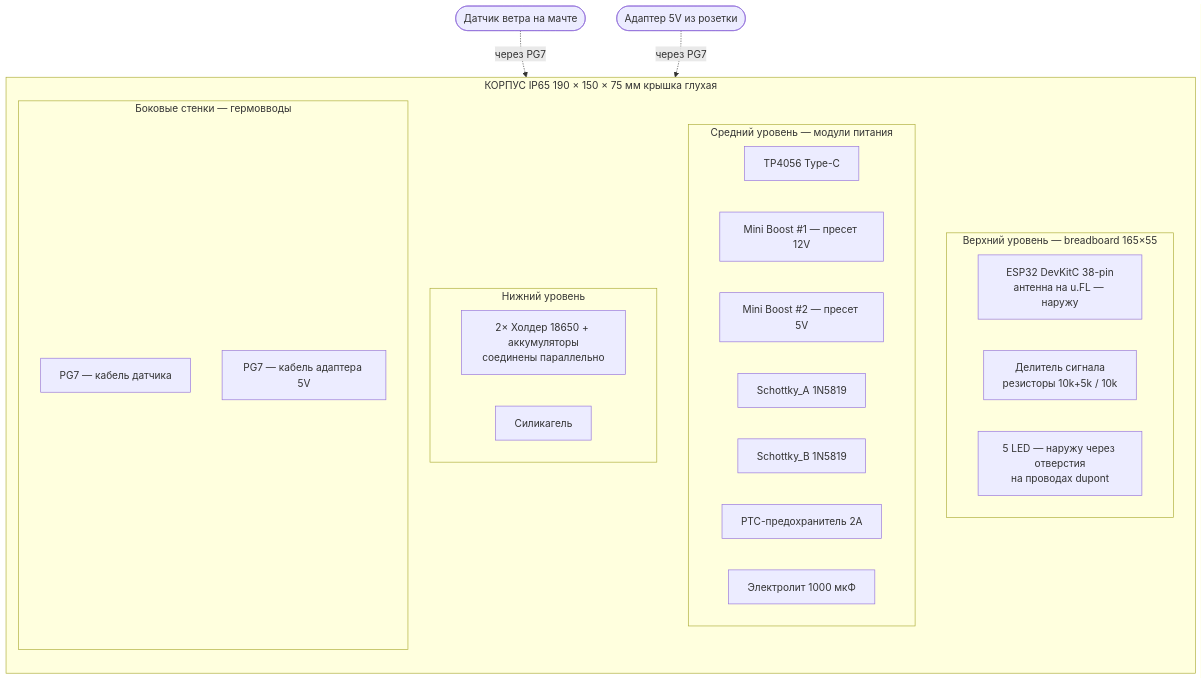
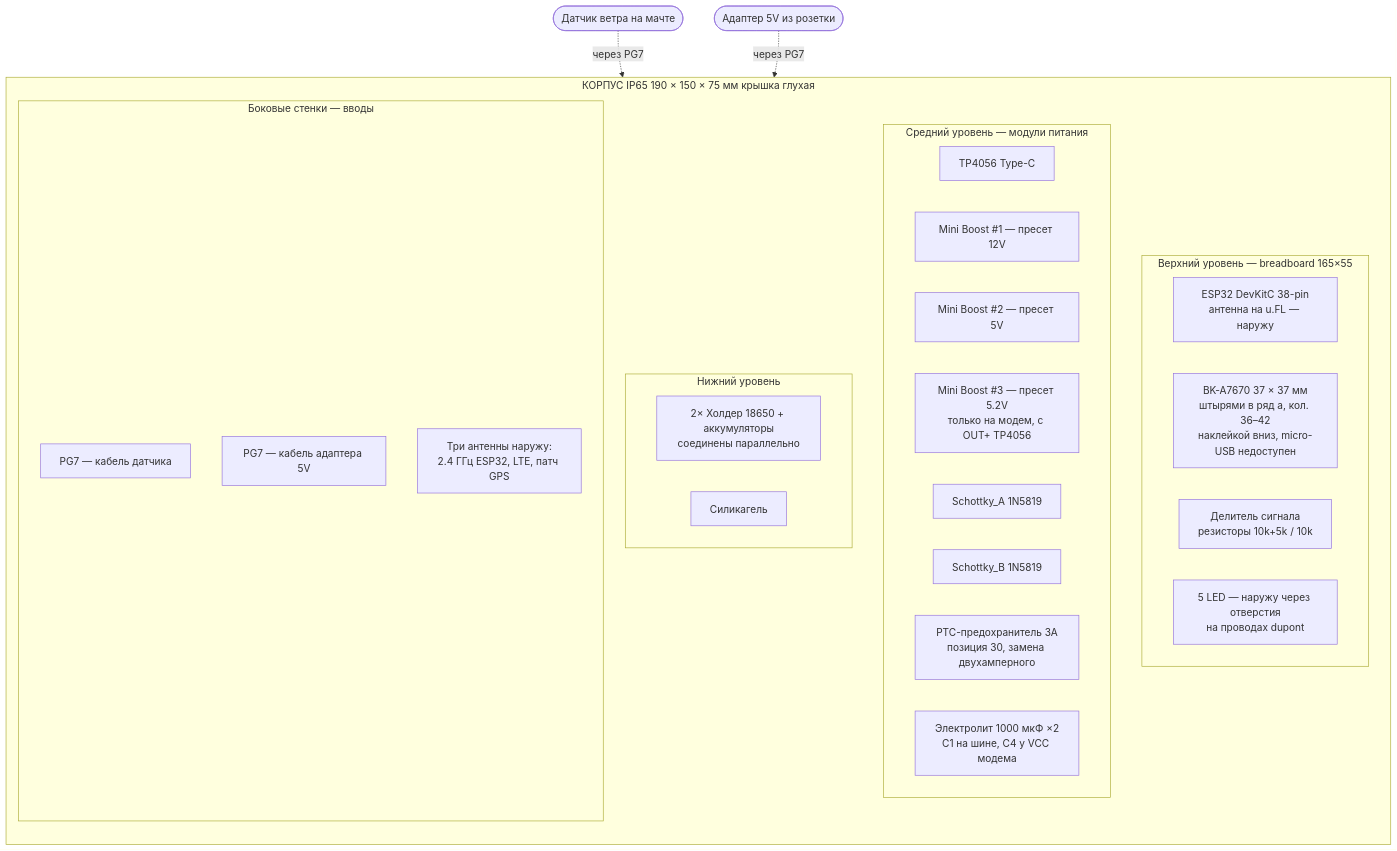
One commit to temafey/ArduinoWindStation changed the second of 2 diagrams in wind-station-assembly.md. Above: the diagram before and after it, drawn with Mermaid. The commit also changed other lines of this file and 1 other file, not shown here.

````diff
--- a/wind-station-assembly.md
+++ b/wind-station-assembly.md
@@ -316,32 +331,35 @@
 ```mermaid
 flowchart TB
     subgraph BOX["КОРПУС IP65  190 × 150 × 75 мм  крышка глухая"]
         direction TB
         subgraph TOP["Верхний уровень — breadboard 165×55"]
             ESP32["ESP32 DevKitC 38-pin<br/>антенна на u.FL — наружу"]
+            MODEMMOD["BK-A7670 37 × 37 мм<br/>штырями в ряд a, кол. 36–42<br/>наклейкой вниз, micro-USB недоступен"]
             DIV["Делитель сигнала<br/>резисторы 10k+5k / 10k"]
             LEDROW["5 LED — наружу через отверстия<br/>на проводах dupont"]
         end
         subgraph MID["Средний уровень — модули питания"]
             TP4056MOD["TP4056 Type-C"]
             MT3608MOD1["Mini Boost #1 — пресет 12V"]
             MT3608MOD2["Mini Boost #2 — пресет 5V"]
+            MT3608MOD3["Mini Boost #3 — пресет 5.2V<br/>только на модем, с OUT+ TP4056"]
             SCHOTTKYA["Schottky_A 1N5819"]
             SCHOTTKYB["Schottky_B 1N5819"]
-            PTCMOD["PTC-предохранитель 2A"]
-            CAPMOD["Электролит 1000 мкФ"]
+            PTCMOD["PTC-предохранитель 3A<br/>позиция 30, замена двухамперного"]
+            CAPMOD["Электролит 1000 мкФ ×2<br/>C1 на шине, C4 у VCC модема"]
         end
         subgraph BOTTOM["Нижний уровень"]
             HOLDER["2× Холдер 18650 + аккумуляторы<br/>соединены параллельно"]
             SILICA["Силикагель"]
         end
-        subgraph SIDES["Боковые стенки — гермовводы"]
+        subgraph SIDES["Боковые стенки — вводы"]
             PG1["PG7 — кабель датчика"]
             PG2["PG7 — кабель адаптера 5V"]
+            ANTHOLE["Три антенны наружу:<br/>2.4 ГГц ESP32, LTE, патч GPS"]
         end
     end
     SENSOR_EXT([Датчик ветра на мачте])
     ADAPT_EXT([Адаптер 5V из розетки])
     SENSOR_EXT -.через PG7.-> PG1
     ADAPT_EXT -.через PG7.-> PG2
 ```
````
